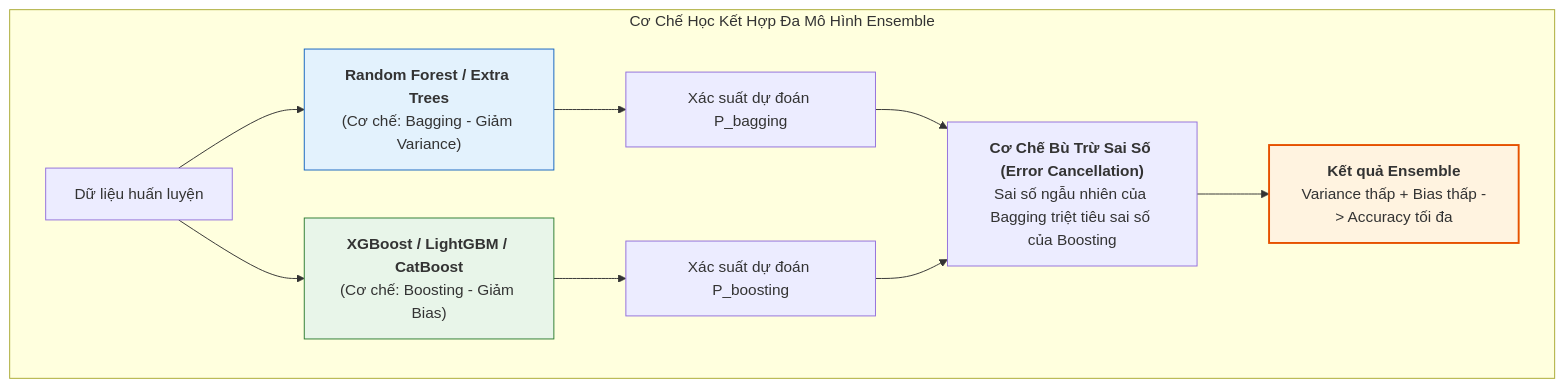
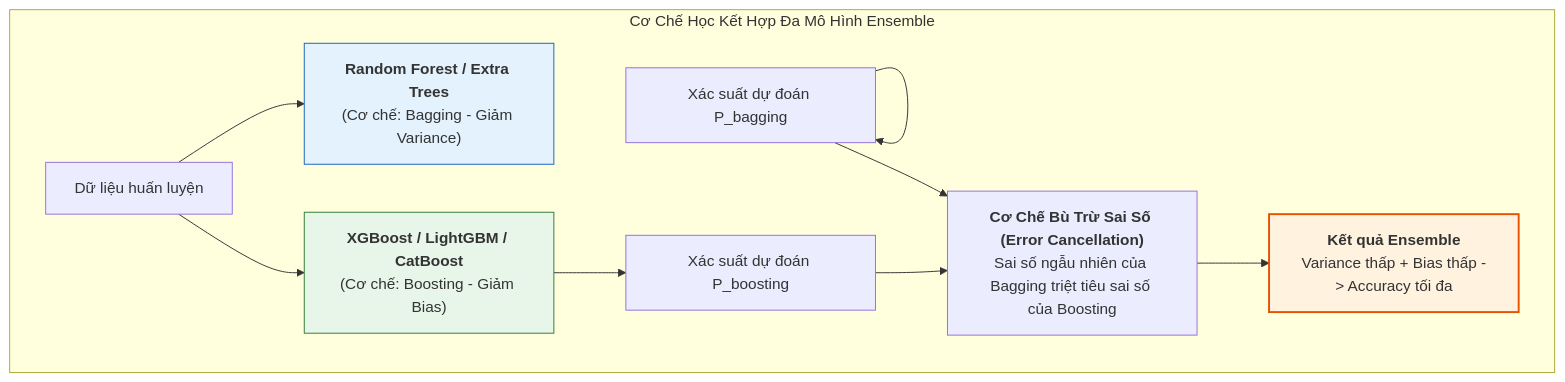
The fourth of 6 diagrams in competition/titanic/PIPELINE_PLAN.md (KhoaS84/kaggle-key), drawn with Mermaid before and after one commit. The commit also changed other lines of this file, not shown here.

````diff
--- a/competition/titanic/PIPELINE_PLAN.md
+++ b/competition/titanic/PIPELINE_PLAN.md
@@ -277,16 +325,16 @@
 ```mermaid
 graph TD
     subgraph EnsMech ["Cơ Chế Học Kết Hợp Đa Mô Hình Ensemble"]
         A["Dữ liệu huấn luyện"] --> M1["<b>Random Forest / Extra Trees</b><br>(Cơ chế: Bagging - Giảm Variance)"]
         A --> M2["<b>XGBoost / LightGBM / CatBoost</b><br>(Cơ chế: Boosting - Giảm Bias)"]
 
-        M1 --> P1["Xác suất dự đoán P_bagging"]
+        P1 --> P1["Xác suất dự đoán P_bagging"]
         M2 --> P2["Xác suất dự đoán P_boosting"]
 
         P1 & P2 --> C["<b>Cơ Chế Bù Trừ Sai Số (Error Cancellation)</b><br>Sai số ngẫu nhiên của Bagging triệt tiêu sai số của Boosting"]
         C --> Out["<b>Kết quả Ensemble</b><br>Variance thấp + Bias thấp -> Accuracy tối đa"]
     end
     style M1 fill:#e3f2fd,stroke:#1565c0;
     style M2 fill:#e8f5e9,stroke:#2e7d32;
     style Out fill:#fff3e0,stroke:#e65100,stroke-width:2px;
 ```
````
